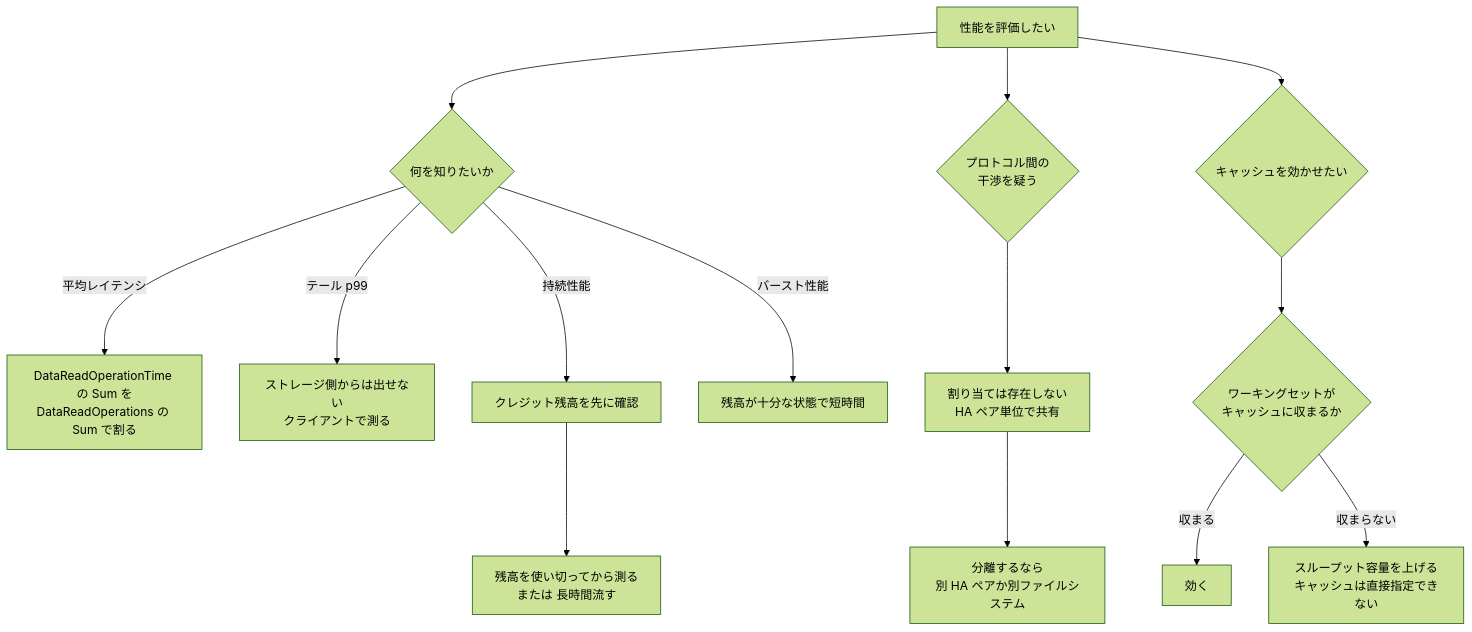
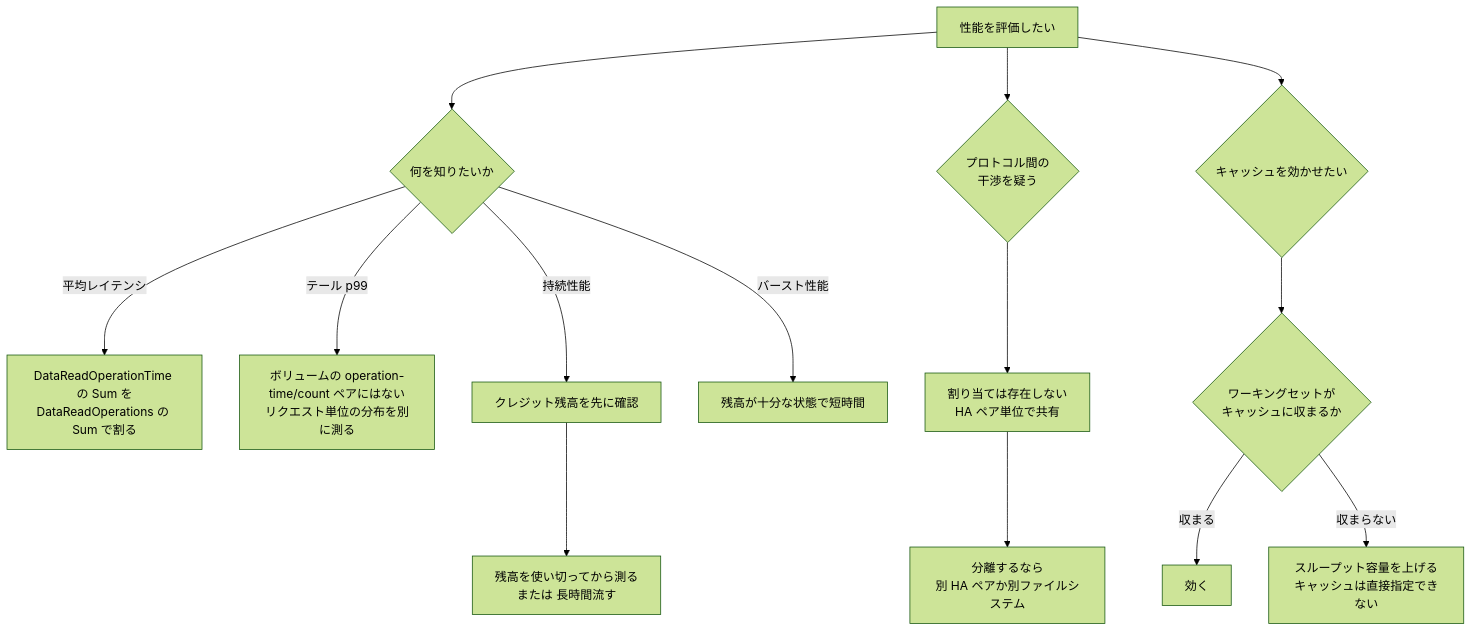
Before and after one commit to Yoshiki0705/FSx-for-ONTAP-Adoption-Playbook: the diagram in docs/ja/domains/performance/notes/what-you-cannot-read-from-cloudwatch.md, drawn with Mermaid (forest theme). The commit also changed other lines of this file and 257 other files, not shown here.

````diff
--- a/docs/ja/domains/performance/notes/what-you-cannot-read-from-cloudwatch.md
+++ b/docs/ja/domains/performance/notes/what-you-cannot-read-from-cloudwatch.md
@@ -169,20 +190,20 @@
 ```mermaid
 graph TD
     A[性能を評価したい] --> Q{何を知りたいか}
 
     Q -->|平均レイテンシ| AVG["DataReadOperationTime の Sum を<br/>DataReadOperations の Sum で割る"]
-    Q -->|テール p99| TAIL["ストレージ側からは出せない<br/>クライアントで測る"]
+    Q -->|テール p99| TAIL["ボリュームの operation-time/count ペアにはない<br/>リクエスト単位の分布を別に測る"]
     Q -->|持続性能| SUS[クレジット残高を先に確認]
     Q -->|バースト性能| BURST[残高が十分な状態で短時間]
 
     SUS --> DEPLETE["残高を使い切ってから測る<br/>または 長時間流す"]
 
     A --> SHARE{プロトコル間の<br/>干渉を疑う}
     SHARE --> NOALLOC["割り当ては存在しない<br/>HA ペア単位で共有"]
     NOALLOC --> SEP["分離するなら<br/>別 HA ペアか別ファイルシステム"]
 
     A --> CACHE{キャッシュを効かせたい}
     CACHE --> WS{ワーキングセットが<br/>キャッシュに収まるか}
     WS -->|収まる| OK[効く]
     WS -->|収まらない| UP["スループット容量を上げる<br/>キャッシュは直接指定できない"]
 ```
````
